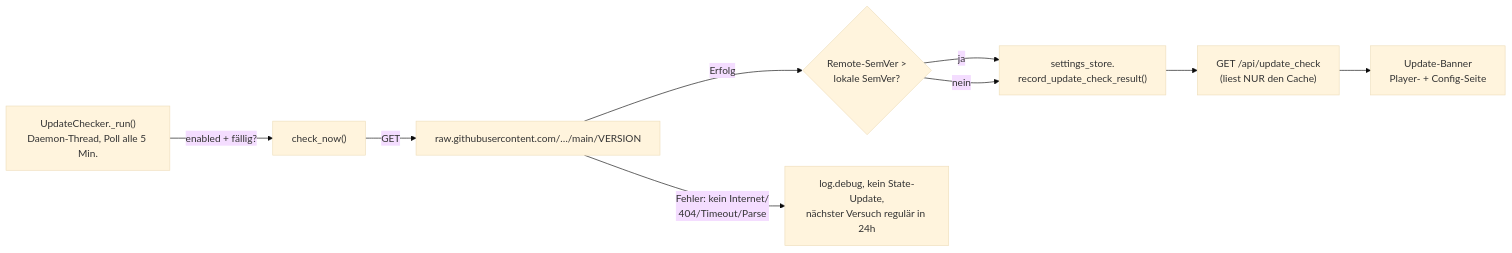
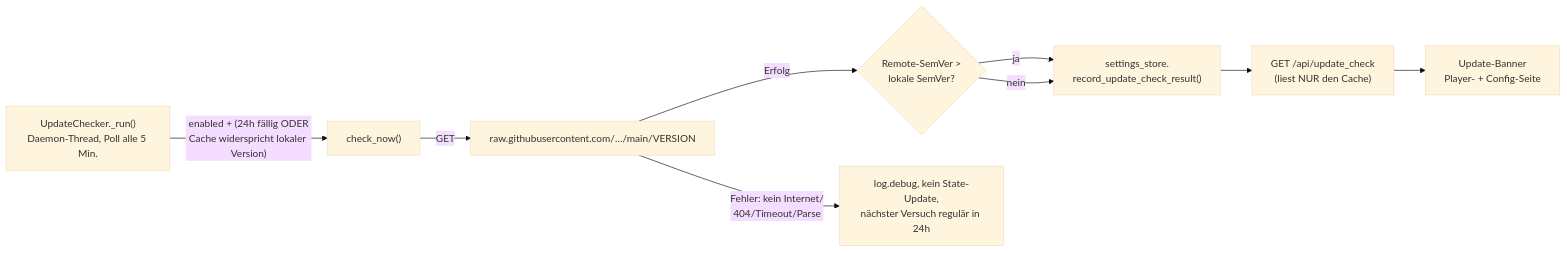
One commit to Blarks-de/radiosabbelnich changed diagram 11 of 12 in ARCHITECTURE.md. Above: the diagram before and after it, drawn with Mermaid (base theme). The commit also changed other lines of this file and 9 other files, not shown here.

First line of the commit message:
Fix stale update-check banner, surface AudD failures in now-playing display

````diff
--- a/ARCHITECTURE.md
+++ b/ARCHITECTURE.md
@@ -1129,11 +1165,11 @@
 ```mermaid
 flowchart LR
-    Thread["UpdateChecker._run()<br/>Daemon-Thread, Poll alle 5 Min."] -->|"enabled + fällig?"| Check["check_now()"]
+    Thread["UpdateChecker._run()<br/>Daemon-Thread, Poll alle 5 Min."] -->|"enabled + (24h fällig ODER<br/>Cache widerspricht lokaler Version)"| Check["check_now()"]
     Check -->|GET| GitHub["raw.githubusercontent.com/…/main/VERSION"]
     GitHub -->|Erfolg| Cmp{"Remote-SemVer ><br/>lokale SemVer?"}
     GitHub -->|Fehler: kein Internet/<br/>404/Timeout/Parse| Silent["log.debug, kein State-Update,<br/>nächster Versuch regulär in 24h"]
     Cmp -->|ja| Persist["settings_store.<br/>record_update_check_result()"]
     Cmp -->|nein| Persist
     Persist --> API["GET /api/update_check<br/>(liest NUR den Cache)"]
     API --> Banner["Update-Banner<br/>Player- + Config-Seite"]
 ```
````
